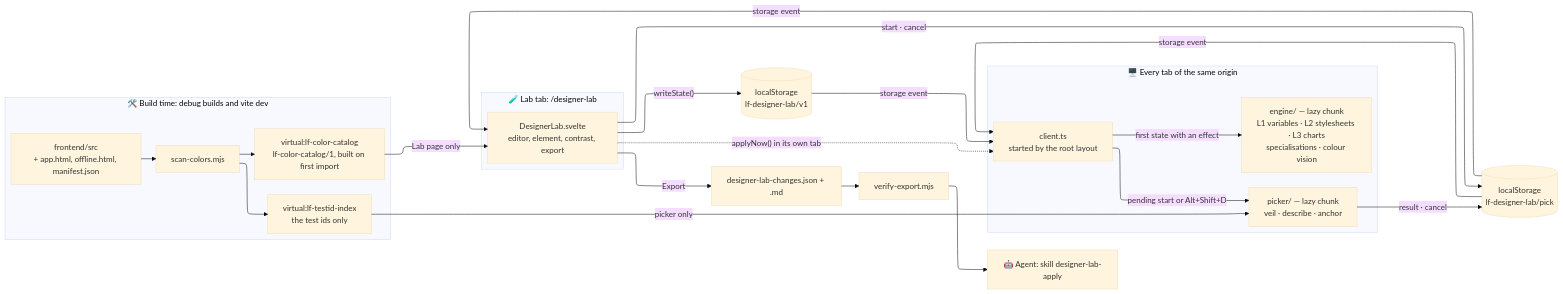
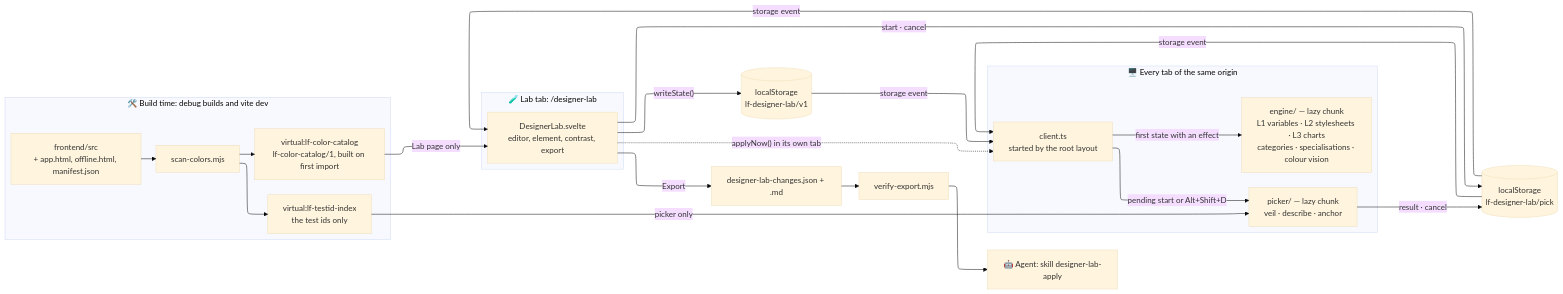
One commit to Librefolio/LibreFolio changed the first of 2 diagrams in mkdocs_src/docs/developer/frontend/designer-lab.md. Above: the diagram before and after it, drawn with Mermaid (base theme). The commit also changed other lines of this file and 24 other files, not shown here.

````diff
--- a/mkdocs_src/docs/developer/frontend/designer-lab.md
+++ b/mkdocs_src/docs/developer/frontend/designer-lab.md
@@ -138,33 +144,33 @@
 ```mermaid
 ---
 config:
   layout: elk
 ---
 flowchart LR
     subgraph BUILD["🛠️ Build time: debug builds and vite dev"]
         SRC["frontend/src<br/>+ app.html, offline.html, manifest.json"] --> SCAN["scan-colors.mjs"]
         SCAN --> CAT["virtual:lf-color-catalog<br/>lf-color-catalog/1, built on first import"]
         SCAN --> IDX["virtual:lf-testid-index<br/>the test ids only"]
     end
     subgraph LAB["🧪 Lab tab: /designer-lab"]
         UI["DesignerLab.svelte<br/>editor, element, contrast, export"]
     end
     subgraph TABS["🖥️ Every tab of the same origin"]
         CLIENT["client.ts<br/>started by the root layout"]
-        ENGINE["engine/ — lazy chunk<br/>L1 variables · L2 stylesheets · L3 charts<br/>specialisations · colour vision"]
+        ENGINE["engine/ — lazy chunk<br/>L1 variables · L2 stylesheets · L3 charts<br/>categories · specialisations · colour vision"]
         PICKER["picker/ — lazy chunk<br/>veil · describe · anchor"]
     end
     CAT -->|"Lab page only"| UI
     IDX -->|"picker only"| PICKER
     UI -->|"writeState()"| STORE[("localStorage<br/>lf-designer-lab/v1")]
     STORE -->|"storage event"| CLIENT
     UI -.->|"applyNow() in its own tab"| CLIENT
     CLIENT -->|"first state with an effect"| ENGINE
     UI -->|"start · cancel"| PICK[("localStorage<br/>lf-designer-lab/pick")]
     PICK -->|"storage event"| CLIENT
     CLIENT -->|"pending start or Alt+Shift+D"| PICKER
     PICKER -->|"result · cancel"| PICK
     PICK -->|"storage event"| UI
     UI -->|"Export"| EXPORT["designer-lab-changes.json + .md"]
     EXPORT --> VERIFY["verify-export.mjs"] --> AGENT["🤖 Agent: skill designer-lab-apply"]
 ```
````
